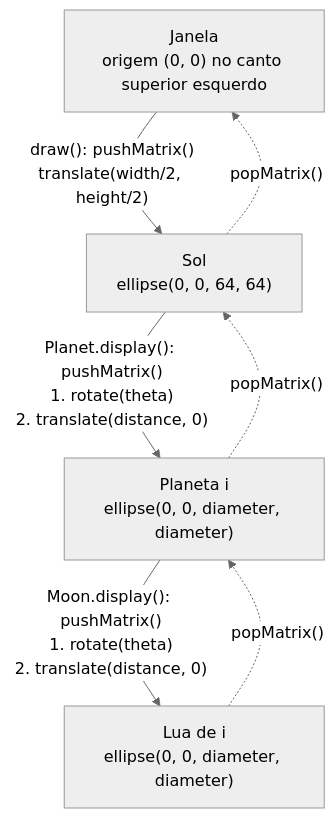
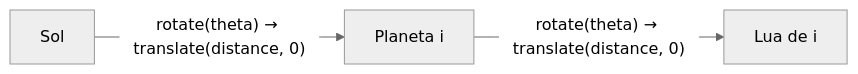
One commit to eduardogott/compgraf changed the diagram in docs/etapa1-diagrama.md. Above: the diagram before and after it, drawn with Mermaid (neutral theme). The commit also changed other lines of this file, not shown here.

First line of the commit message:
Simplifica o diagrama da Etapa 1

````diff
--- a/docs/etapa1-diagrama.md
+++ b/docs/etapa1-diagrama.md
@@ -9,14 +3,5 @@
 ```mermaid
-flowchart TD
-    J["Janela<br/>origem (0, 0) no canto superior esquerdo"]
-    S["Sol<br/>ellipse(0, 0, 64, 64)"]
-    P["Planeta i<br/>ellipse(0, 0, diameter, diameter)"]
-    L["Lua de i<br/>ellipse(0, 0, diameter, diameter)"]
-
-    J -->|"draw(): pushMatrix()<br/>translate(width/2, height/2)"| S
-    S -->|"Planet.display(): pushMatrix()<br/>1. rotate(theta)<br/>2. translate(distance, 0)"| P
-    P -->|"Moon.display(): pushMatrix()<br/>1. rotate(theta)<br/>2. translate(distance, 0)"| L
-    L -.->|"popMatrix()"| P
-    P -.->|"popMatrix()"| S
-    S -.->|"popMatrix()"| J
+flowchart LR
+    S["Sol"] -->|"rotate(theta) → translate(distance, 0)"| P["Planeta i"]
+    P -->|"rotate(theta) → translate(distance, 0)"| L["Lua de i"]
 ```
````
